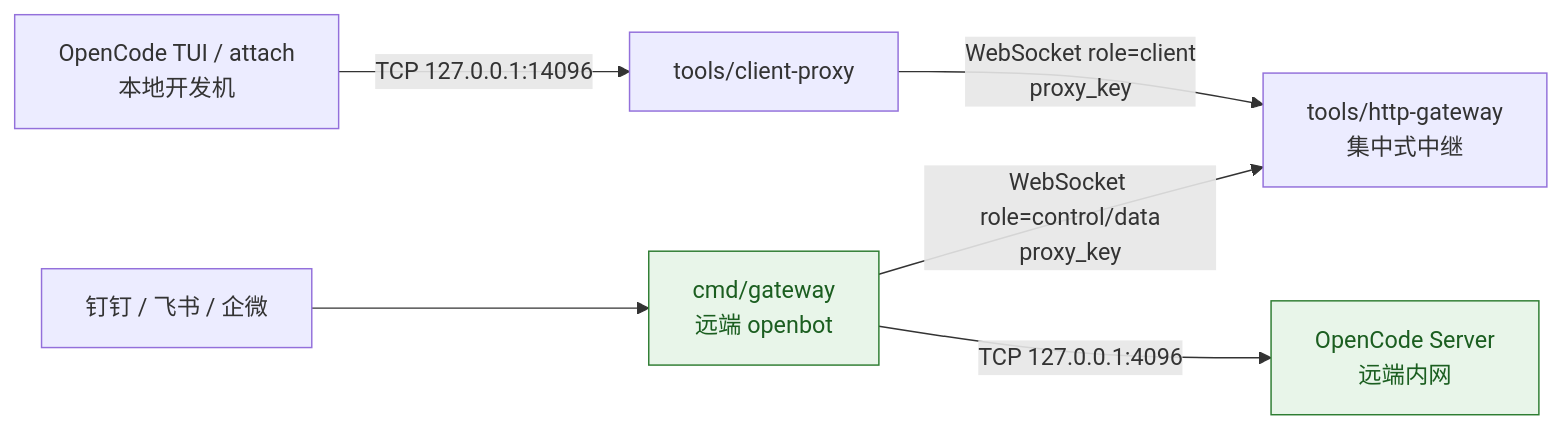
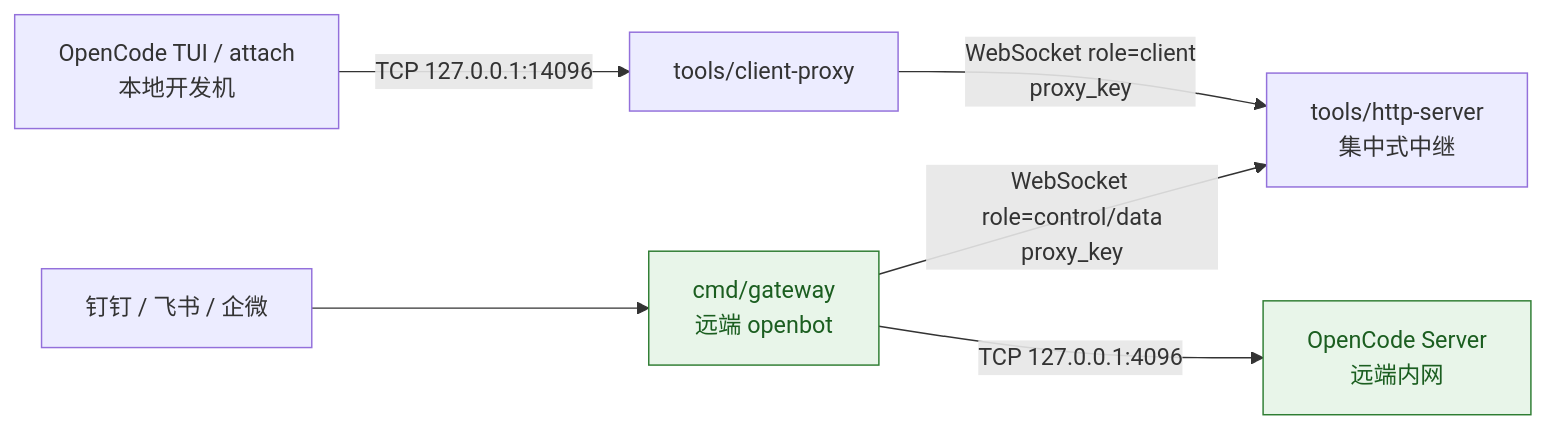
The diagram in docs/PROXY_TUNNEL.md (tianhe-tech/openbot), drawn with Mermaid before and after one commit. The commit also changed other lines of this file and 7 other files, not shown here.

````diff
--- a/docs/PROXY_TUNNEL.md
+++ b/docs/PROXY_TUNNEL.md
@@ -25,12 +25,12 @@
 ```mermaid
 flowchart LR
   A[OpenCode TUI / attach\n本地开发机] -->|TCP 127.0.0.1:14096| B[tools/client-proxy]
-  B -->|WebSocket role=client\nproxy_key| C[tools/http-gateway\n集中式中继]
+  B -->|WebSocket role=client\nproxy_key| C[tools/http-server\n集中式中继]
   D[cmd/gateway\n远端 openbot] -->|WebSocket role=control/data\nproxy_key| C
   D -->|TCP 127.0.0.1:4096| E[OpenCode Server\n远端内网]
 
   F[钉钉 / 飞书 / 企微] --> D
 
   classDef safe fill:#e8f5e9,stroke:#2e7d32,color:#1b5e20;
   class E,D safe;
 ```
````
